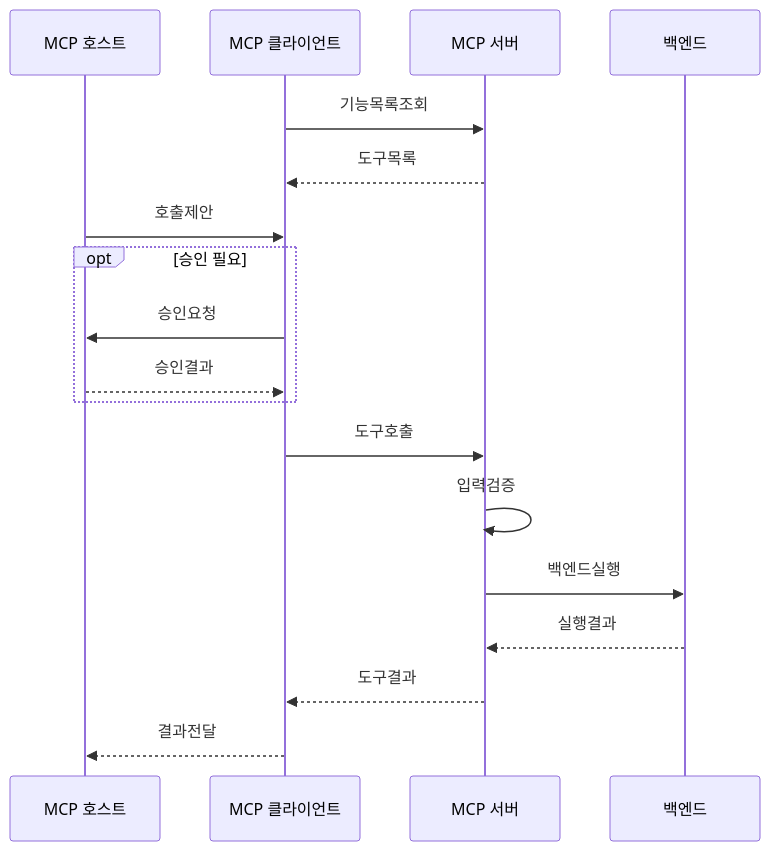
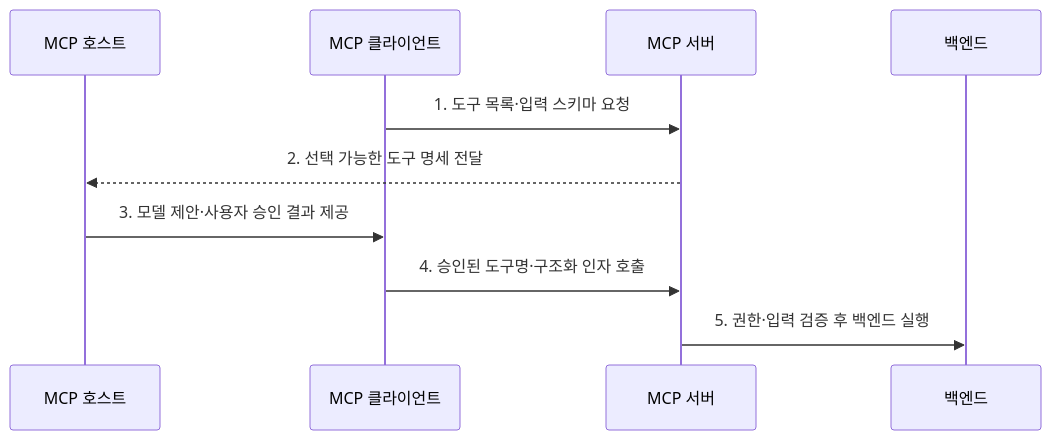
One commit to agnusdei1207/knowledge-base changed the second of 2 diagrams in src/content/docs/notes/08-latest-tech/010_mcp_tool.md. Above: the diagram before and after it, drawn with Mermaid. The commit also changed other lines of this file and 9 other files, not shown here.

````diff
--- a/src/content/docs/notes/08-latest-tech/010_mcp_tool.md
+++ b/src/content/docs/notes/08-latest-tech/010_mcp_tool.md
@@ -83,20 +73,12 @@
 ```mermaid
 sequenceDiagram
     participant H as MCP 호스트
     participant C as MCP 클라이언트
     participant S as MCP 서버
     participant B as 백엔드
-    C->>S: 기능목록조회
-    S-->>C: 도구목록
-    H->>C: 호출제안
-    opt 승인 필요
-        C->>H: 승인요청
-        H-->>C: 승인결과
-    end
-    C->>S: 도구호출
-    S->>S: 입력검증
-    S->>B: 백엔드실행
-    B-->>S: 실행결과
-    S-->>C: 도구결과
-    C-->>H: 결과전달
+    C->>S: 1. 도구 목록·입력 스키마 요청
+    S-->>H: 2. 선택 가능한 도구 명세 전달
+    H->>C: 3. 모델 제안·사용자 승인 결과 제공
+    C->>S: 4. 승인된 도구명·구조화 인자 호출
+    S->>B: 5. 권한·입력 검증 후 백엔드 실행
 ```
````
